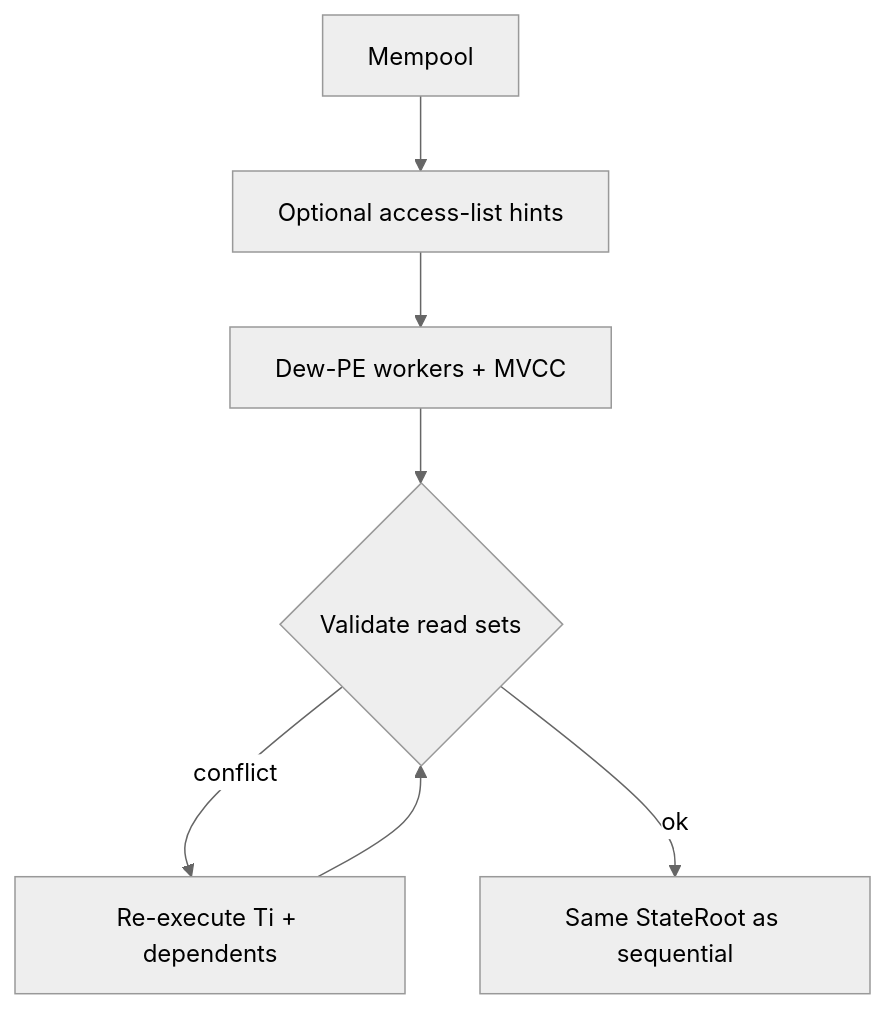
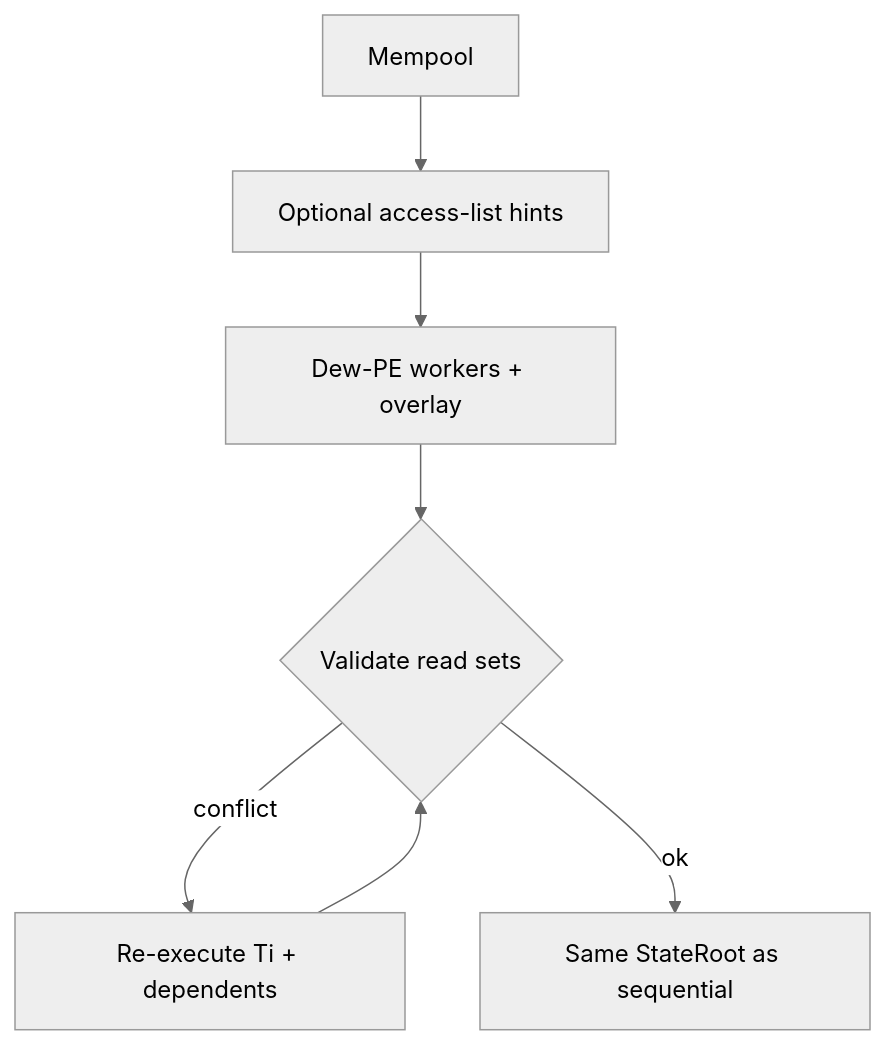
Before and after one commit to dewnetwork/dew: the third of 4 diagrams in docs/architecture/overview.md, drawn with Mermaid (neutral theme). The commit also changed other lines of this file and 51 other files, not shown here.

````diff
--- a/docs/architecture/overview.md
+++ b/docs/architecture/overview.md
@@ -90,9 +94,9 @@
 ```mermaid
 flowchart TD
   MP[Mempool] --> Hints[Optional access-list hints]
-  Hints --> PE[Dew-PE workers + MVCC]
+  Hints --> PE[Dew-PE workers + overlay]
   PE --> Val{Validate read sets}
   Val -->|conflict| Re[Re-execute Ti + dependents]
   Re --> Val
   Val -->|ok| Root[Same StateRoot as sequential]
 ```
````
